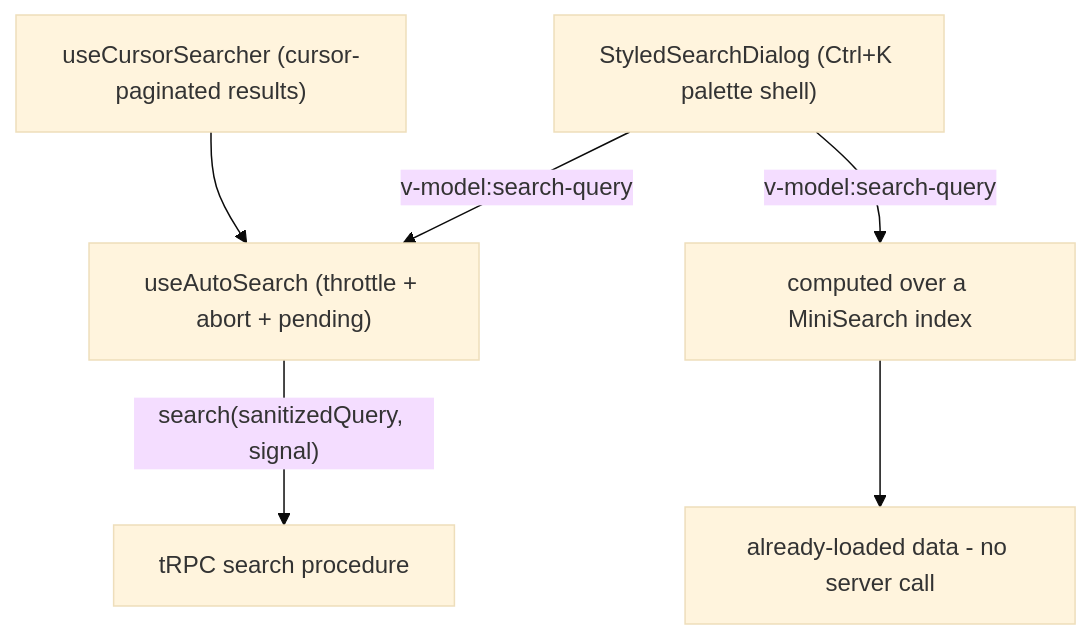
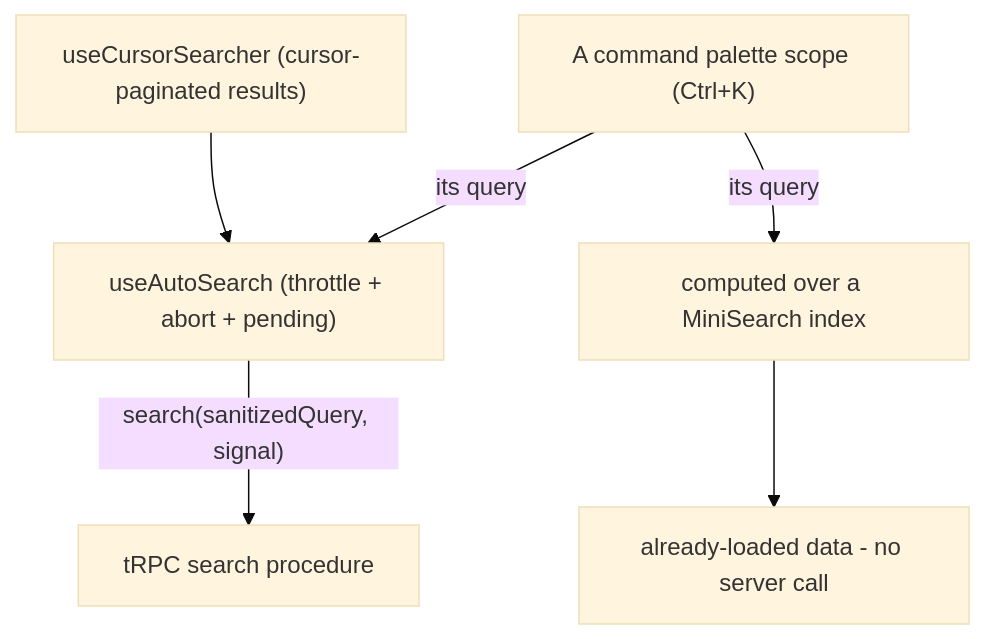
One commit to Esposter/Esposter changed the diagram in apps/web/content/docs/architecture/search.md. Above: the diagram before and after it, drawn with Mermaid (base theme). The commit also changed other lines of this file and 66 other files, not shown here.

````diff
--- a/apps/web/content/docs/architecture/search.md
+++ b/apps/web/content/docs/architecture/search.md
@@ -12,8 +12,8 @@
 ```mermaid
 flowchart TD
-  Palette["StyledSearchDialog (Ctrl+K palette shell)"] -- "v-model:search-query" --> Core
+  Palette["A command palette scope (Ctrl+K)"] -- "its query" --> Core
   Cursor["useCursorSearcher (cursor-paginated results)"] --> Core["useAutoSearch (throttle + abort + pending)"]
   Core -- "search(sanitizedQuery, signal)" --> Trpc["tRPC search procedure"]
-  Palette -- "v-model:search-query" --> Client["computed over a MiniSearch index"]
+  Palette -- "its query" --> Client["computed over a MiniSearch index"]
   Client --> Loaded["already-loaded data - no server call"]
 ```
````
